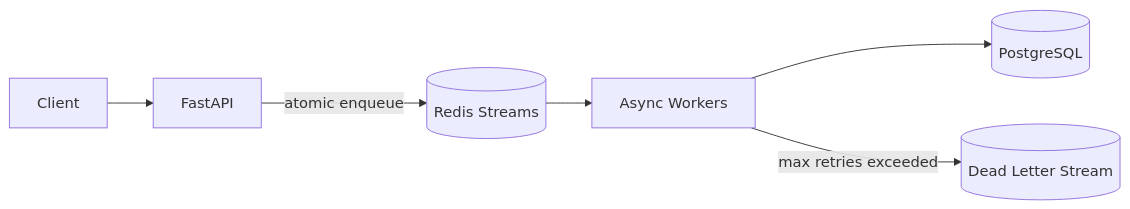
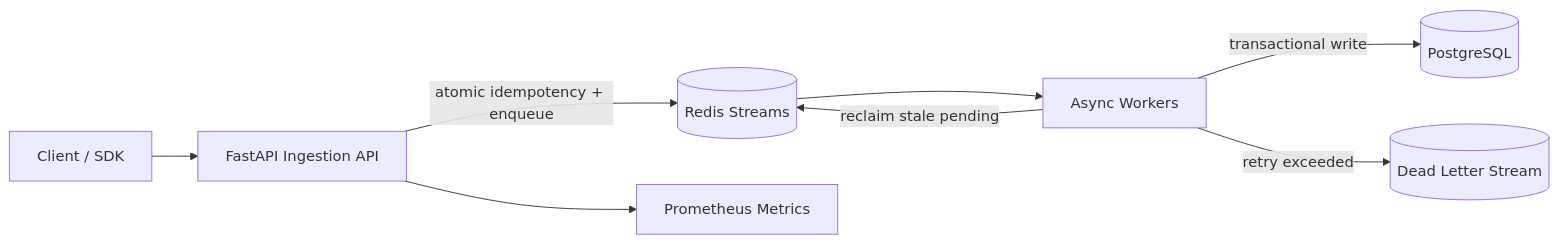
One commit to seoyeonglee/high-throughput-event-platform changed the diagram in README.md. Above: the diagram before and after it, drawn with Mermaid. The commit also changed other lines of this file, not shown here.

````diff
--- a/README.md
+++ b/README.md
@@ -13,8 +47,10 @@
 ```mermaid
 flowchart LR
-    Client --> FastAPI
-    FastAPI -->|atomic enqueue| Redis[(Redis Streams)]
-    Redis --> Worker[Async Workers]
-    Worker --> Postgres[(PostgreSQL)]
-    Worker -->|max retries exceeded| DLQ[(Dead Letter Stream)]
+    C[Client / SDK] --> A[FastAPI Ingestion API]
+    A -->|atomic idempotency + enqueue| R[(Redis Streams)]
+    R --> W[Async Workers]
+    W -->|transactional write| P[(PostgreSQL)]
+    W -->|retry exceeded| D[(Dead Letter Stream)]
+    W -->|reclaim stale pending| R
+    A --> M[Prometheus Metrics]
 ```
````
